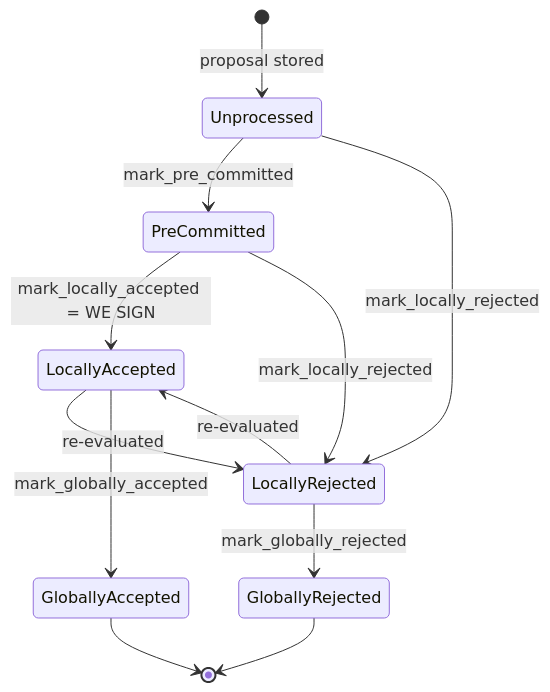
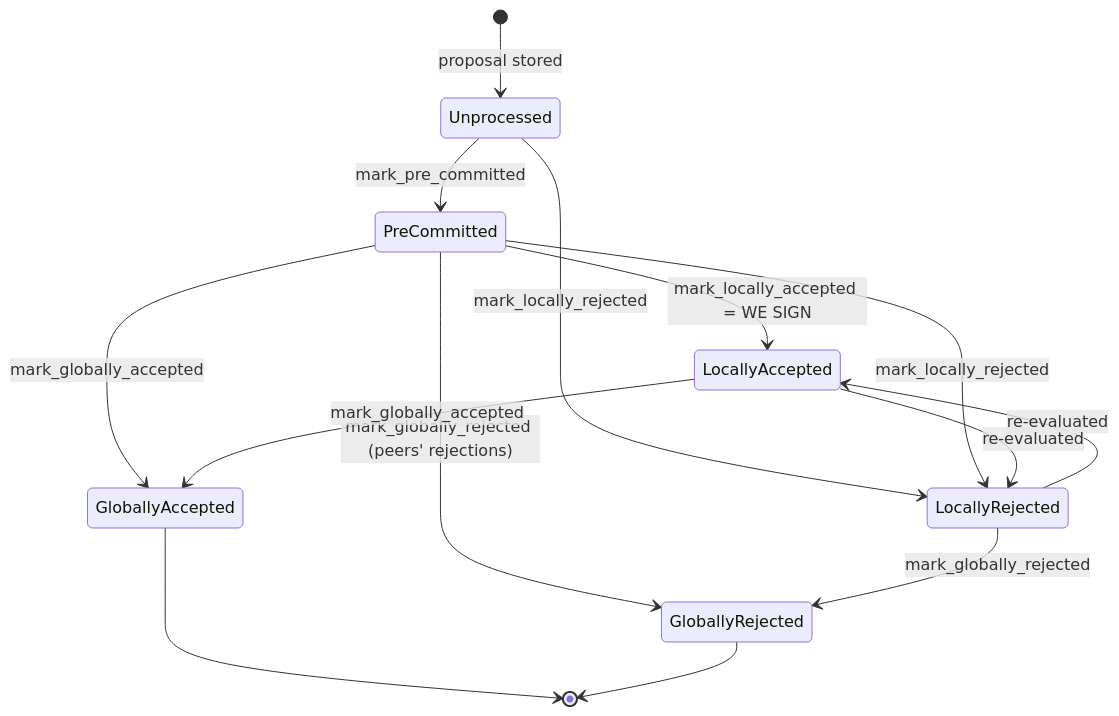
The third of 9 diagrams in docs/signer-flows.md (stacks-network/stacks-core), drawn with Mermaid before and after one commit. The commit also changed other lines of this file and 8 other files, not shown here.

````diff
--- a/docs/signer-flows.md
+++ b/docs/signer-flows.md
@@ -137,14 +138,16 @@
 ```mermaid
 stateDiagram-v2
     [*] --> Unprocessed : proposal stored
     Unprocessed --> PreCommitted : mark_pre_committed
     PreCommitted --> LocallyAccepted : mark_locally_accepted = WE SIGN
     Unprocessed --> LocallyRejected : mark_locally_rejected
     PreCommitted --> LocallyRejected : mark_locally_rejected
+    PreCommitted --> GloballyRejected : mark_globally_rejected (peers' rejections)
+    PreCommitted --> GloballyAccepted : mark_globally_accepted
     LocallyRejected --> LocallyAccepted : re-evaluated
     LocallyAccepted --> LocallyRejected : re-evaluated
     LocallyAccepted --> GloballyAccepted : mark_globally_accepted
     LocallyRejected --> GloballyRejected : mark_globally_rejected
     GloballyAccepted --> [*]
     GloballyRejected --> [*]
 ```
````
